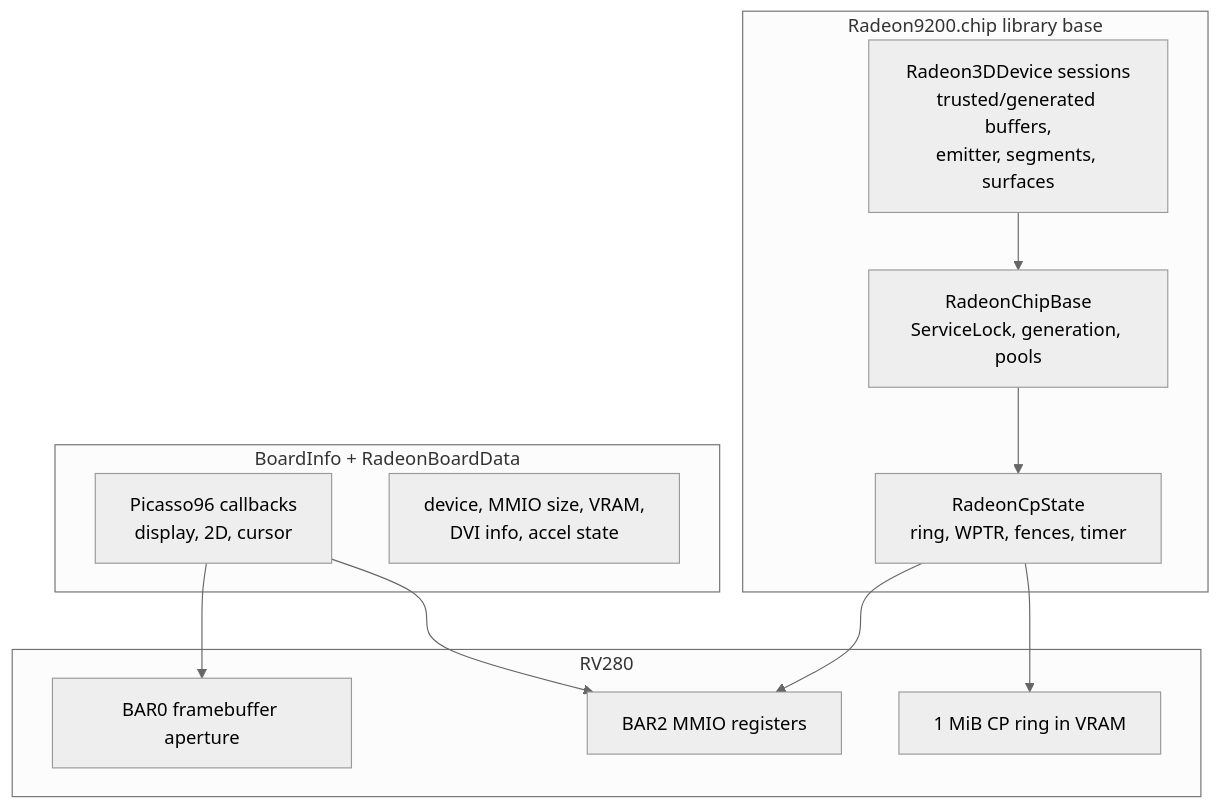
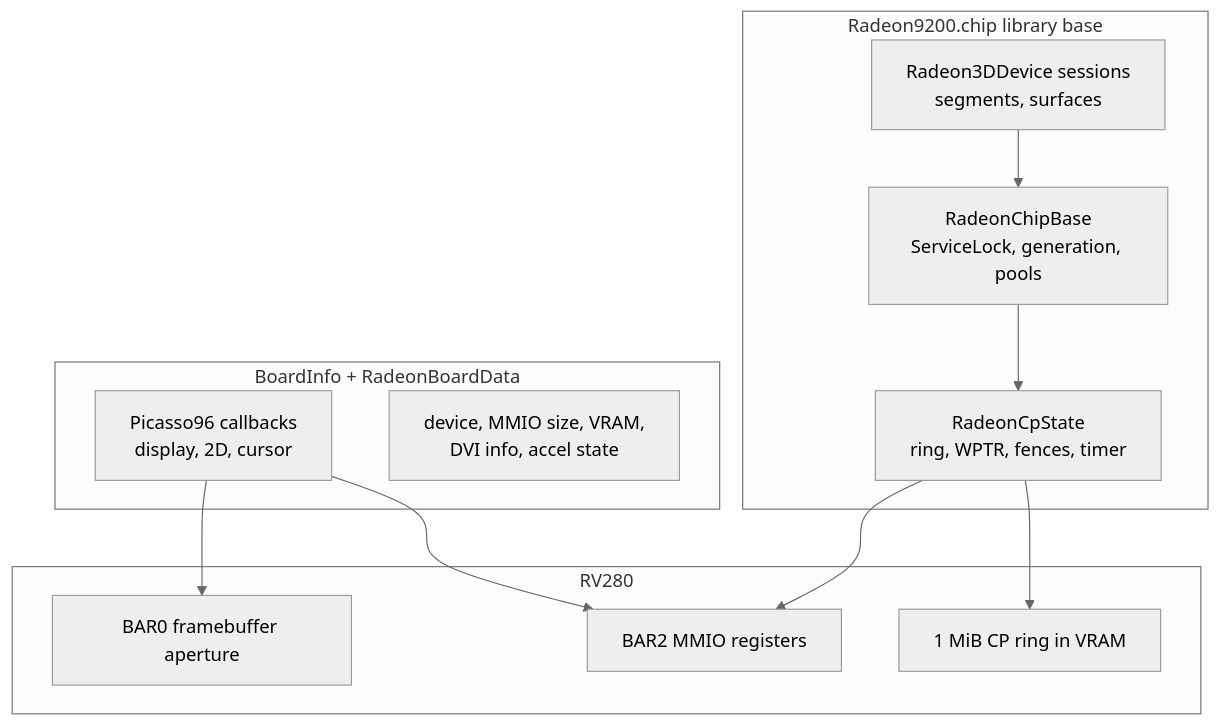
Before and after one commit to mirq/r200-p96-driver: the first of 8 diagrams in docs/03-driver-architecture.md, drawn with Mermaid (neutral theme). The commit also changed other lines of this file and 40 other files, not shown here.

````diff
--- a/docs/03-driver-architecture.md
+++ b/docs/03-driver-architecture.md
@@ -7,23 +7,23 @@
 ```mermaid
 flowchart TB
     subgraph LIB["Radeon9200.chip library base"]
         BASE["RadeonChipBase<br/>ServiceLock, generation, pools"]
-        DEV["Radeon3DDevice sessions<br/>trusted/generated buffers,<br/>emitter, segments, surfaces"]
+        DEV["Radeon3DDevice sessions<br/>segments, surfaces"]
         CPST["RadeonCpState<br/>ring, WPTR, fences, timer"]
     end
     subgraph BOARD["BoardInfo + RadeonBoardData"]
         BI["Picasso96 callbacks<br/>display, 2D, cursor"]
         DATA["device, MMIO size, VRAM,<br/>DVI info, accel state"]
     end
     subgraph HW["RV280"]
         MMIO["BAR2 MMIO registers"]
         FB["BAR0 framebuffer aperture"]
         RING["1 MiB CP ring in VRAM"]
     end
     DEV --> BASE
     BASE --> CPST
     BI --> MMIO
     BI --> FB
     CPST --> RING
     CPST --> MMIO
 ```
````
